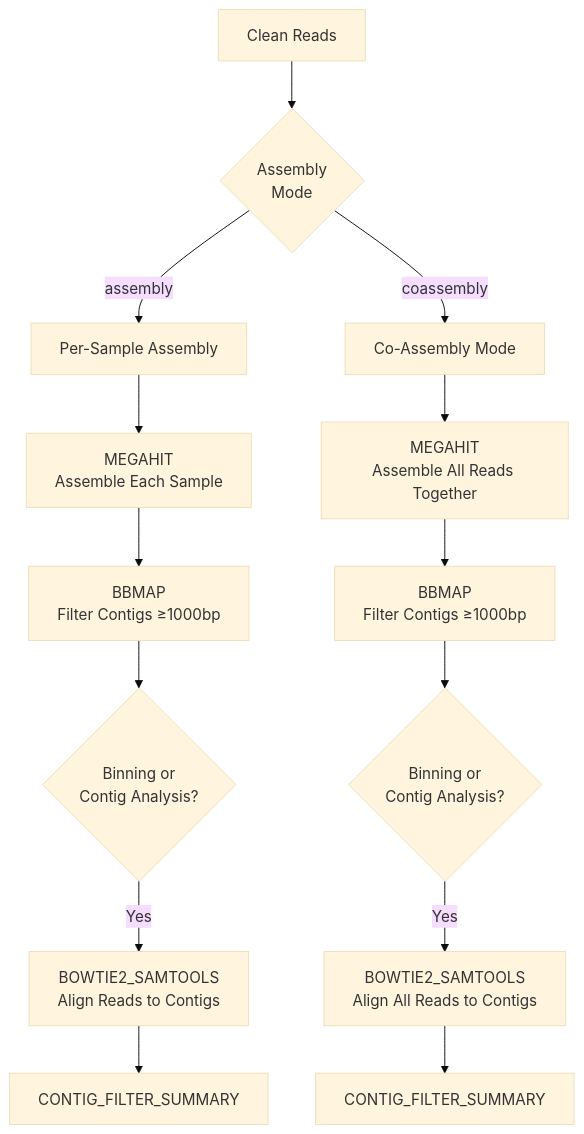
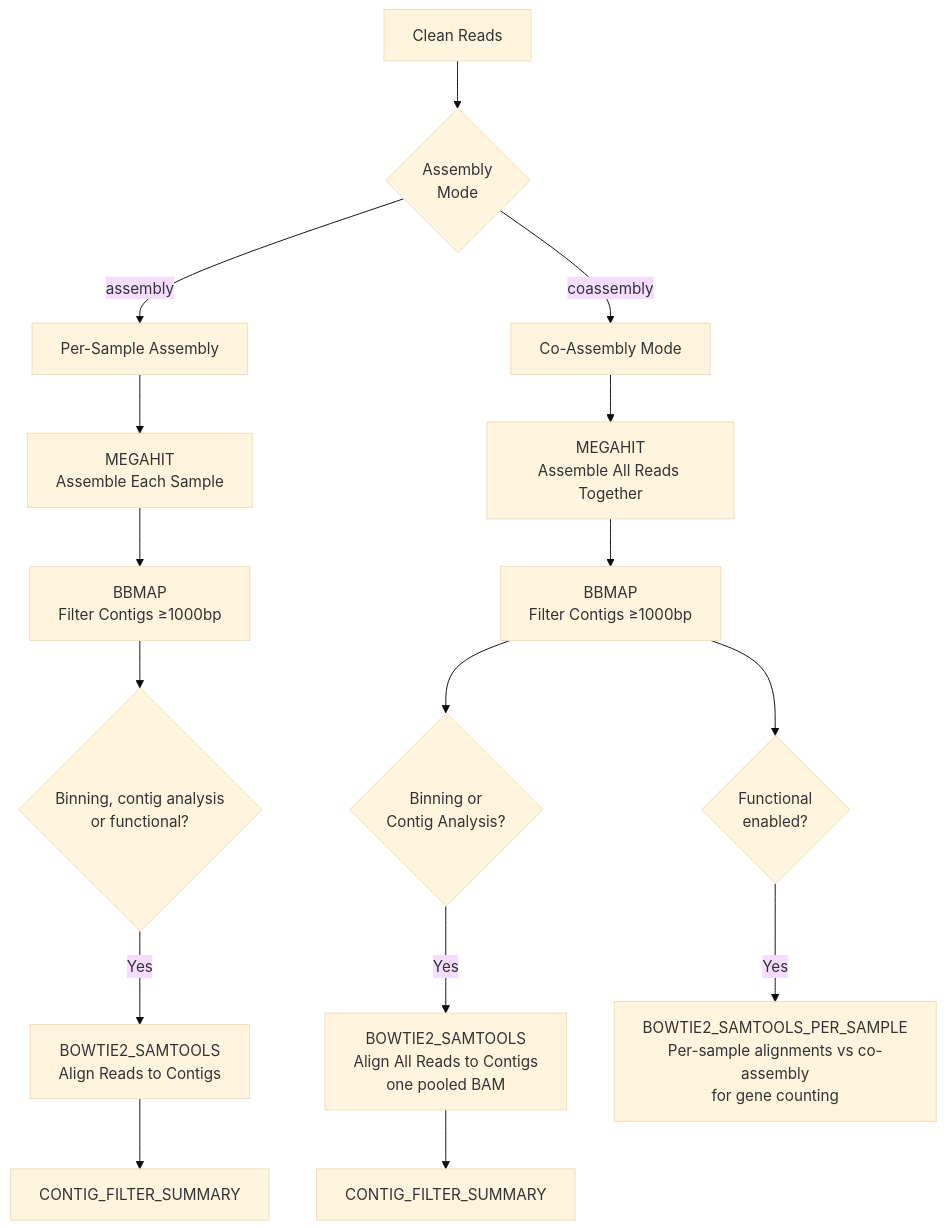
The sixth of 8 diagrams in docs/WORKFLOW_DIAGRAM.md (gene2dis/BugBuster), drawn with Mermaid (base theme) before and after one commit. The commit also changed other lines of this file and 33 other files, not shown here.

````diff
--- a/docs/WORKFLOW_DIAGRAM.md
+++ b/docs/WORKFLOW_DIAGRAM.md
@@ -171,18 +182,20 @@
 ```mermaid
 flowchart TD
     Reads[Clean Reads] --> Mode{Assembly<br/>Mode}
     
     Mode -->|assembly| PerSample[Per-Sample Assembly]
     PerSample --> MEGAHIT1[MEGAHIT<br/>Assemble Each Sample]
     MEGAHIT1 --> BBMAP1[BBMAP<br/>Filter Contigs ≥1000bp]
-    BBMAP1 --> Align1{Binning or<br/>Contig Analysis?}
+    BBMAP1 --> Align1{Binning, contig analysis<br/>or functional?}
     Align1 -->|Yes| Bowtie1[BOWTIE2_SAMTOOLS<br/>Align Reads to Contigs]
     Bowtie1 --> Summary1[CONTIG_FILTER_SUMMARY]
     
     Mode -->|coassembly| CoAssembly[Co-Assembly Mode]
     CoAssembly --> MEGAHIT2[MEGAHIT<br/>Assemble All Reads Together]
     MEGAHIT2 --> BBMAP2[BBMAP<br/>Filter Contigs ≥1000bp]
     BBMAP2 --> Align2{Binning or<br/>Contig Analysis?}
-    Align2 -->|Yes| Bowtie2[BOWTIE2_SAMTOOLS<br/>Align All Reads to Contigs]
+    Align2 -->|Yes| Bowtie2[BOWTIE2_SAMTOOLS<br/>Align All Reads to Contigs<br/>one pooled BAM]
+    BBMAP2 --> AlignFunc{Functional<br/>enabled?}
+    AlignFunc -->|Yes| BowtiePS[BOWTIE2_SAMTOOLS_PER_SAMPLE<br/>Per-sample alignments vs co-assembly<br/>for gene counting]
     Bowtie2 --> Summary2[CONTIG_FILTER_SUMMARY]
 ```
````
